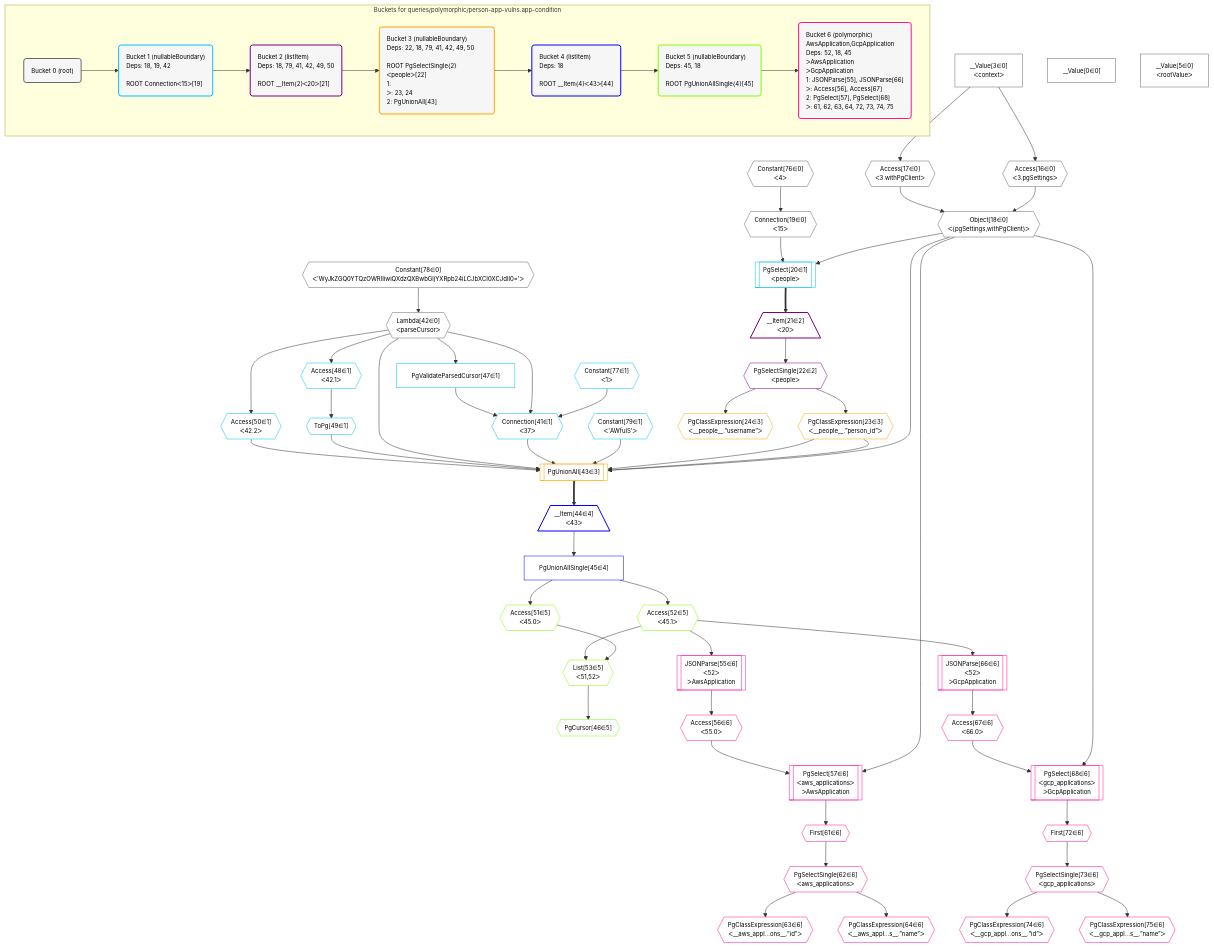
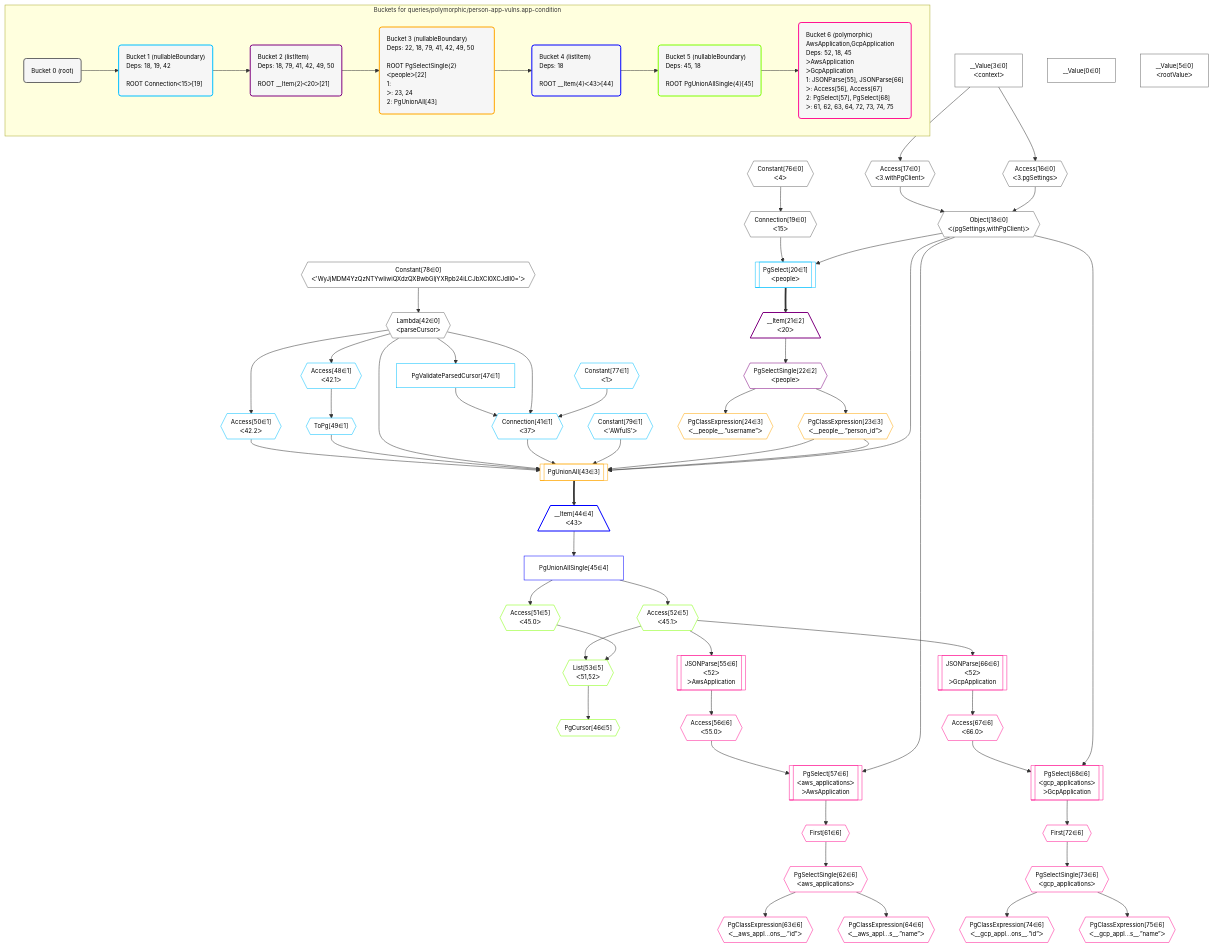
The diagram in postgraphile/postgraphile/__tests__/queries/polymorphic/person-app-vulns.app-condition.mermaid (graphile/crystal), drawn with Mermaid before and after one commit. The commit also changed 35 other files, not shown here.

```diff
--- a/postgraphile/postgraphile/__tests__/queries/polymorphic/person-app-vulns.app-condition.mermaid
+++ b/postgraphile/postgraphile/__tests__/queries/polymorphic/person-app-vulns.app-condition.mermaid
@@ -1,122 +1,122 @@
 %%{init: {'themeVariables': { 'fontSize': '12px'}}}%%
 graph TD
     classDef path fill:#eee,stroke:#000,color:#000
     classDef plan fill:#fff,stroke-width:1px,color:#000
     classDef itemplan fill:#fff,stroke-width:2px,color:#000
     classDef unbatchedplan fill:#dff,stroke-width:1px,color:#000
     classDef sideeffectplan fill:#fcc,stroke-width:2px,color:#000
     classDef bucket fill:#f6f6f6,color:#000,stroke-width:2px,text-align:left
 
 
     %% plan dependencies
     Object18{{"Object[18∈0]<br />ᐸ{pgSettings,withPgClient}ᐳ"}}:::plan
     Access16{{"Access[16∈0]<br />ᐸ3.pgSettingsᐳ"}}:::plan
     Access17{{"Access[17∈0]<br />ᐸ3.withPgClientᐳ"}}:::plan
     Access16 & Access17 --> Object18
     __Value3["__Value[3∈0]<br />ᐸcontextᐳ"]:::plan
     __Value3 --> Access16
     __Value3 --> Access17
     Connection19{{"Connection[19∈0]<br />ᐸ15ᐳ"}}:::plan
     Constant76{{"Constant[76∈0]<br />ᐸ4ᐳ"}}:::plan
     Constant76 --> Connection19
     Lambda42{{"Lambda[42∈0]<br />ᐸparseCursorᐳ"}}:::plan
-    Constant78{{"Constant[78∈0]<br />ᐸ'WyJkZGQ0YTQzOWRlIiwiQXdzQXBwbGljYXRpb24iLCJbXCI0XCJdIl0='ᐳ"}}:::plan
+    Constant78{{"Constant[78∈0]<br />ᐸ'WyJjMDM4YzQzNTYwIiwiQXdzQXBwbGljYXRpb24iLCJbXCI0XCJdIl0='ᐳ"}}:::plan
     Constant78 --> Lambda42
     __Value0["__Value[0∈0]"]:::plan
     __Value5["__Value[5∈0]<br />ᐸrootValueᐳ"]:::plan
     Connection41{{"Connection[41∈1]<br />ᐸ37ᐳ"}}:::plan
     Constant77{{"Constant[77∈1]<br />ᐸ1ᐳ"}}:::plan
     PgValidateParsedCursor47["PgValidateParsedCursor[47∈1]"]:::plan
     Constant77 & Lambda42 & PgValidateParsedCursor47 --> Connection41
     PgSelect20[["PgSelect[20∈1]<br />ᐸpeopleᐳ"]]:::plan
     Object18 & Connection19 --> PgSelect20
     Lambda42 --> PgValidateParsedCursor47
     Access48{{"Access[48∈1]<br />ᐸ42.1ᐳ"}}:::plan
     Lambda42 --> Access48
     ToPg49{{"ToPg[49∈1]"}}:::plan
     Access48 --> ToPg49
     Access50{{"Access[50∈1]<br />ᐸ42.2ᐳ"}}:::plan
     Lambda42 --> Access50
     Constant79{{"Constant[79∈1]<br />ᐸ'AWfulS'ᐳ"}}:::plan
     __Item21[/"__Item[21∈2]<br />ᐸ20ᐳ"\]:::itemplan
     PgSelect20 ==> __Item21
     PgSelectSingle22{{"PgSelectSingle[22∈2]<br />ᐸpeopleᐳ"}}:::plan
     __Item21 --> PgSelectSingle22
     PgUnionAll43[["PgUnionAll[43∈3]"]]:::plan
     PgClassExpression23{{"PgClassExpression[23∈3]<br />ᐸ__people__.”person_id”ᐳ"}}:::plan
     Object18 & PgClassExpression23 & PgClassExpression23 & Constant79 & Connection41 & Lambda42 & ToPg49 & Access50 --> PgUnionAll43
     PgSelectSingle22 --> PgClassExpression23
     PgClassExpression24{{"PgClassExpression[24∈3]<br />ᐸ__people__.”username”ᐳ"}}:::plan
     PgSelectSingle22 --> PgClassExpression24
     __Item44[/"__Item[44∈4]<br />ᐸ43ᐳ"\]:::itemplan
     PgUnionAll43 ==> __Item44
     PgUnionAllSingle45["PgUnionAllSingle[45∈4]"]:::plan
     __Item44 --> PgUnionAllSingle45
     List53{{"List[53∈5]<br />ᐸ51,52ᐳ"}}:::plan
     Access51{{"Access[51∈5]<br />ᐸ45.0ᐳ"}}:::plan
     Access52{{"Access[52∈5]<br />ᐸ45.1ᐳ"}}:::plan
     Access51 & Access52 --> List53
     PgUnionAllSingle45 --> Access51
     PgUnionAllSingle45 --> Access52
     PgCursor46{{"PgCursor[46∈5]"}}:::plan
     List53 --> PgCursor46
     PgSelect57[["PgSelect[57∈6]<br />ᐸaws_applicationsᐳ<br />ᐳAwsApplication"]]:::plan
     Access56{{"Access[56∈6]<br />ᐸ55.0ᐳ"}}:::plan
     Object18 & Access56 --> PgSelect57
     PgSelect68[["PgSelect[68∈6]<br />ᐸgcp_applicationsᐳ<br />ᐳGcpApplication"]]:::plan
     Access67{{"Access[67∈6]<br />ᐸ66.0ᐳ"}}:::plan
     Object18 & Access67 --> PgSelect68
     JSONParse55[["JSONParse[55∈6]<br />ᐸ52ᐳ<br />ᐳAwsApplication"]]:::plan
     Access52 --> JSONParse55
     JSONParse55 --> Access56
     First61{{"First[61∈6]"}}:::plan
     PgSelect57 --> First61
     PgSelectSingle62{{"PgSelectSingle[62∈6]<br />ᐸaws_applicationsᐳ"}}:::plan
     First61 --> PgSelectSingle62
     PgClassExpression63{{"PgClassExpression[63∈6]<br />ᐸ__aws_appl...ons__.”id”ᐳ"}}:::plan
     PgSelectSingle62 --> PgClassExpression63
     PgClassExpression64{{"PgClassExpression[64∈6]<br />ᐸ__aws_appl...s__.”name”ᐳ"}}:::plan
     PgSelectSingle62 --> PgClassExpression64
     JSONParse66[["JSONParse[66∈6]<br />ᐸ52ᐳ<br />ᐳGcpApplication"]]:::plan
     Access52 --> JSONParse66
     JSONParse66 --> Access67
     First72{{"First[72∈6]"}}:::plan
     PgSelect68 --> First72
     PgSelectSingle73{{"PgSelectSingle[73∈6]<br />ᐸgcp_applicationsᐳ"}}:::plan
     First72 --> PgSelectSingle73
     PgClassExpression74{{"PgClassExpression[74∈6]<br />ᐸ__gcp_appl...ons__.”id”ᐳ"}}:::plan
     PgSelectSingle73 --> PgClassExpression74
     PgClassExpression75{{"PgClassExpression[75∈6]<br />ᐸ__gcp_appl...s__.”name”ᐳ"}}:::plan
     PgSelectSingle73 --> PgClassExpression75
 
     %% define steps
 
     subgraph "Buckets for queries/polymorphic/person-app-vulns.app-condition"
     Bucket0("Bucket 0 (root)"):::bucket
     classDef bucket0 stroke:#696969
     class Bucket0,__Value0,__Value3,__Value5,Access16,Access17,Object18,Connection19,Lambda42,Constant76,Constant78 bucket0
     Bucket1("Bucket 1 (nullableBoundary)<br />Deps: 18, 19, 42<br /><br />ROOT Connectionᐸ15ᐳ[19]"):::bucket
     classDef bucket1 stroke:#00bfff
     class Bucket1,PgSelect20,Connection41,PgValidateParsedCursor47,Access48,ToPg49,Access50,Constant77,Constant79 bucket1
     Bucket2("Bucket 2 (listItem)<br />Deps: 18, 79, 41, 42, 49, 50<br /><br />ROOT __Item{2}ᐸ20ᐳ[21]"):::bucket
     classDef bucket2 stroke:#7f007f
     class Bucket2,__Item21,PgSelectSingle22 bucket2
     Bucket3("Bucket 3 (nullableBoundary)<br />Deps: 22, 18, 79, 41, 42, 49, 50<br /><br />ROOT PgSelectSingle{2}ᐸpeopleᐳ[22]<br />1: <br />ᐳ: 23, 24<br />2: PgUnionAll[43]"):::bucket
     classDef bucket3 stroke:#ffa500
     class Bucket3,PgClassExpression23,PgClassExpression24,PgUnionAll43 bucket3
     Bucket4("Bucket 4 (listItem)<br />Deps: 18<br /><br />ROOT __Item{4}ᐸ43ᐳ[44]"):::bucket
     classDef bucket4 stroke:#0000ff
     class Bucket4,__Item44,PgUnionAllSingle45 bucket4
     Bucket5("Bucket 5 (nullableBoundary)<br />Deps: 45, 18<br /><br />ROOT PgUnionAllSingle{4}[45]"):::bucket
     classDef bucket5 stroke:#7fff00
     class Bucket5,PgCursor46,Access51,Access52,List53 bucket5
     Bucket6("Bucket 6 (polymorphic)<br />AwsApplication,GcpApplication<br />Deps: 52, 18, 45<br />ᐳAwsApplication<br />ᐳGcpApplication<br />1: JSONParse[55], JSONParse[66]<br />ᐳ: Access[56], Access[67]<br />2: PgSelect[57], PgSelect[68]<br />ᐳ: 61, 62, 63, 64, 72, 73, 74, 75"):::bucket
     classDef bucket6 stroke:#ff1493
     class Bucket6,JSONParse55,Access56,PgSelect57,First61,PgSelectSingle62,PgClassExpression63,PgClassExpression64,JSONParse66,Access67,PgSelect68,First72,PgSelectSingle73,PgClassExpression74,PgClassExpression75 bucket6
     Bucket0 --> Bucket1
     Bucket1 --> Bucket2
     Bucket2 --> Bucket3
     Bucket3 --> Bucket4
     Bucket4 --> Bucket5
     Bucket5 --> Bucket6
     end
```
